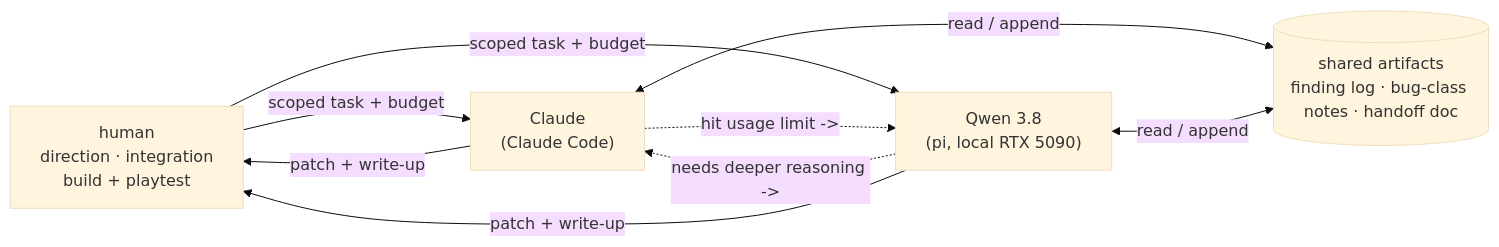
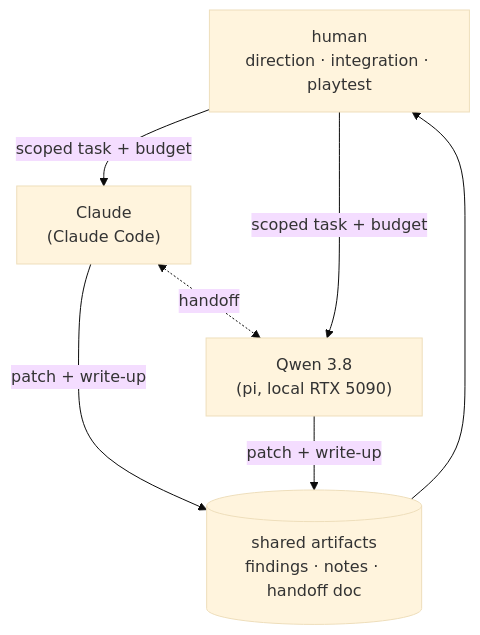
One commit to jkdansereau/goldeneye-pc-port changed the diagram in README.md. Above: the diagram before and after it, drawn with Mermaid (base theme). The commit also changed other lines of this file and 31 other files, not shown here.

````diff
--- a/README.md
+++ b/README.md
@@ -57,15 +69,13 @@
 ```mermaid
-flowchart LR
-    H["human<br/>direction · integration<br/>build + playtest"]
+flowchart TD
+    H["human<br/>direction · integration · playtest"]
     C["Claude<br/>(Claude Code)"]
     Q["Qwen 3.8<br/>(pi, local RTX 5090)"]
-    D[("shared artifacts<br/>finding log · bug-class notes · handoff doc")]
+    D[("shared artifacts<br/>findings · notes · handoff doc")]
     H -->|"scoped task + budget"| C
     H -->|"scoped task + budget"| Q
-    C <-->|read / append| D
-    Q <-->|read / append| D
-    C -.->|"hit usage limit ->"| Q
-    Q -.->|"needs deeper reasoning ->"| C
-    C -->|"patch + write-up"| H
-    Q -->|"patch + write-up"| H
+    C -->|"patch + write-up"| D
+    Q -->|"patch + write-up"| D
+    C <-.->|handoff| Q
+    D --> H
 ```
````
